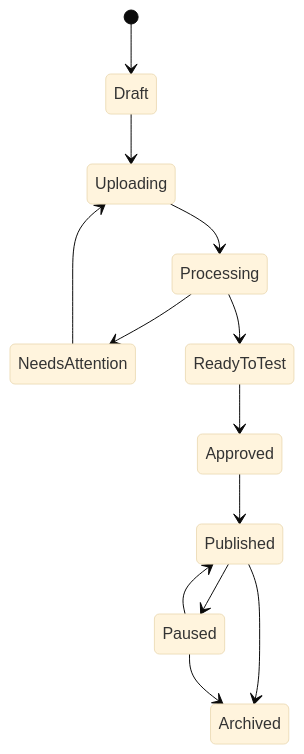
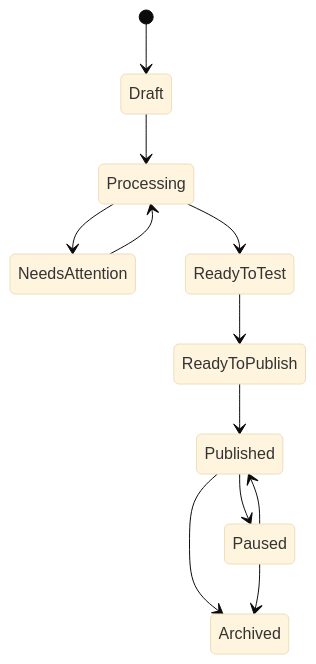
One commit to MPRO9projects/ScanStory-Production changed the diagram in release-1-specification/09-experience-lifecycle.md. Above: the diagram before and after it, drawn with Mermaid (base theme). The commit also changed other lines of this file and 31 other files, not shown here.

````diff
--- a/release-1-specification/09-experience-lifecycle.md
+++ b/release-1-specification/09-experience-lifecycle.md
@@ -11,15 +11,14 @@
 ```mermaid
 stateDiagram-v2
   [*] --> Draft
-  Draft --> Uploading
-  Uploading --> Processing
+  Draft --> Processing
   Processing --> NeedsAttention
   Processing --> ReadyToTest
-  NeedsAttention --> Uploading
-  ReadyToTest --> Approved
-  Approved --> Published
+  NeedsAttention --> Processing
+  ReadyToTest --> ReadyToPublish
+  ReadyToPublish --> Published
   Published --> Paused
   Paused --> Published
   Published --> Archived
   Paused --> Archived
 ```
````
